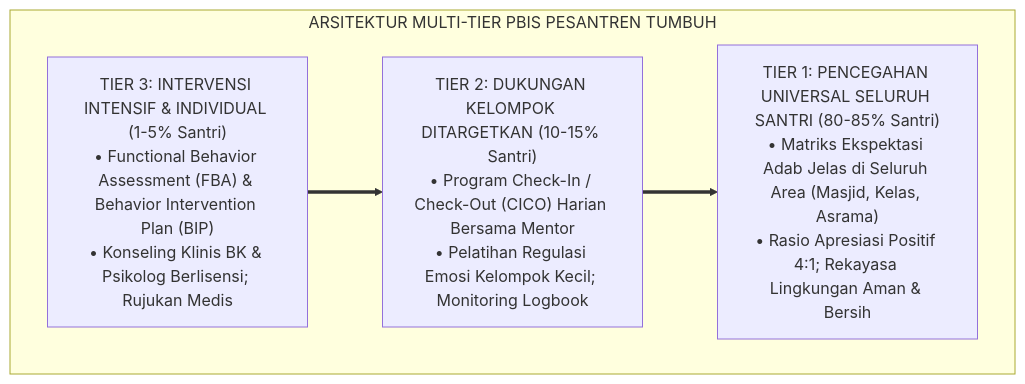
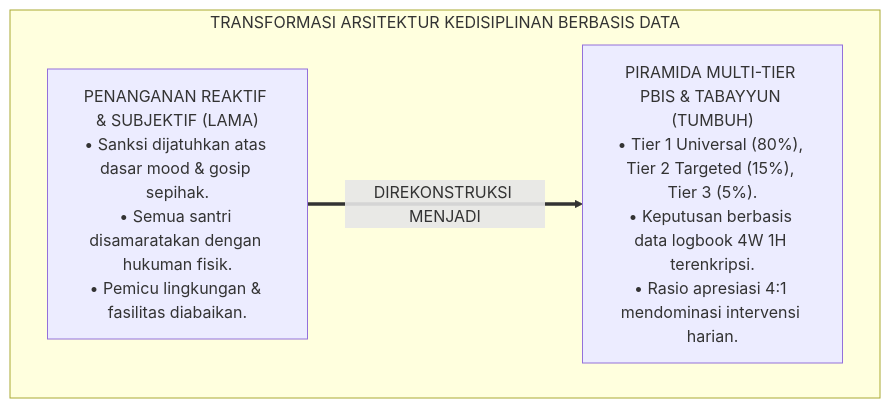
The first of 4 diagrams in 02 Principles/01 Core Principles/P2-01-05-Prinsip-Sistemik-Multi-Tier-PBIS.md (wandiapriliyandi/tumbuh), drawn with Mermaid before and after one commit. The commit also changed other lines of this file and 7 other files, not shown here.

````diff
--- a/02 Principles/01 Core Principles/P2-01-05-Prinsip-Sistemik-Multi-Tier-PBIS.md
+++ b/02 Principles/01 Core Principles/P2-01-05-Prinsip-Sistemik-Multi-Tier-PBIS.md
@@ -61,13 +56,10 @@
 ```mermaid
 flowchart TD
-    subgraph PiramidaMultiTierPBIS["ARSITEKTUR MULTI-TIER PBIS PESANTREN TUMBUH"]
-        T3["TIER 3: INTERVENSI INTENSIF & INDIVIDUAL (1-5% Santri)<br/>• Functional Behavior Assessment (FBA) & Behavior Intervention Plan (BIP)<br/>• Konseling Klinis BK & Psikolog Berlisensi; Rujukan Medis"]
+    subgraph TransformasiMultiTierPBIS["TRANSFORMASI ARSITEKTUR KEDISIPLINAN BERBASIS DATA"]
+        PolaSubjektifLama["PENANGANAN REAKTIF & SUBJEKTIF (LAMA)<br/>• Sanksi dijatuhkan atas dasar mood & gosip sepihak.<br/>• Semua santri disamaratakan dengan hukuman fisik.<br/>• Pemicu lingkungan & fasilitas diabaikan."]
         
-        T2["TIER 2: DUKUNGAN KELOMPOK DITARGETKAN (10-15% Santri)<br/>• Program Check-In / Check-Out (CICO) Harian Bersama Mentor<br/>• Pelatihan Regulasi Emosi Kelompok Kecil; Monitoring Logbook"]
+        PolaPBISTUMBUH["PIRAMIDA MULTI-TIER PBIS & TABAYYUN (TUMBUH)<br/>• Tier 1 Universal (80%), Tier 2 Targeted (15%), Tier 3 (5%).<br/>• Keputusan berbasis data logbook 4W 1H terenkripsi.<br/>• Rasio apresiasi 4:1 mendominasi intervensi harian."]
         
-        T1["TIER 1: PENCEGAHAN UNIVERSAL SELURUH SANTRI (80-85% Santri)<br/>• Matriks Ekspektasi Adab Jelas di Seluruh Area (Masjid, Kelas, Asrama)<br/>• Rasio Apresiasi Positif 4:1; Rekayasa Lingkungan Aman & Bersih"]
-        
-        T3 ==> T2
-        T2 ==> T1
+        PolaSubjektifLama ==>|DIREKONSTRUKSI MENJADI| PolaPBISTUMBUH
     end
 ```
````
